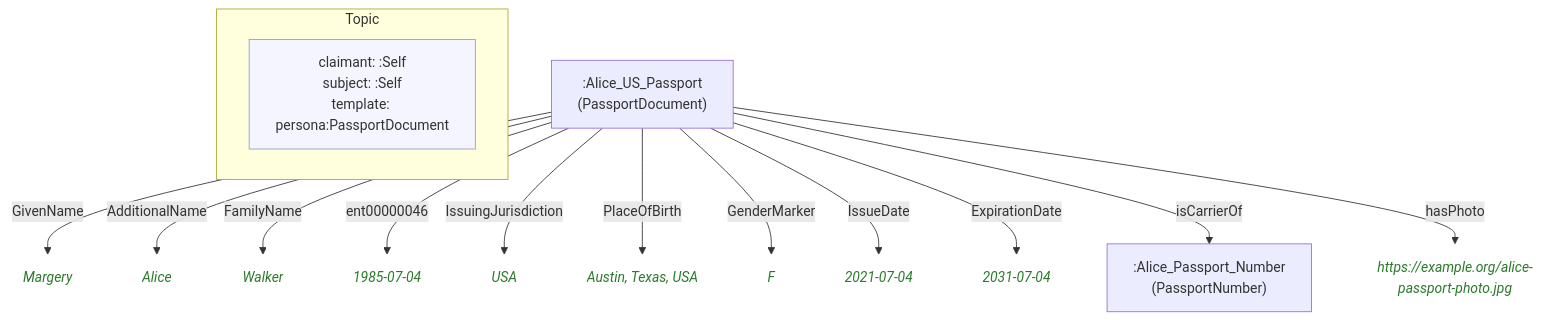
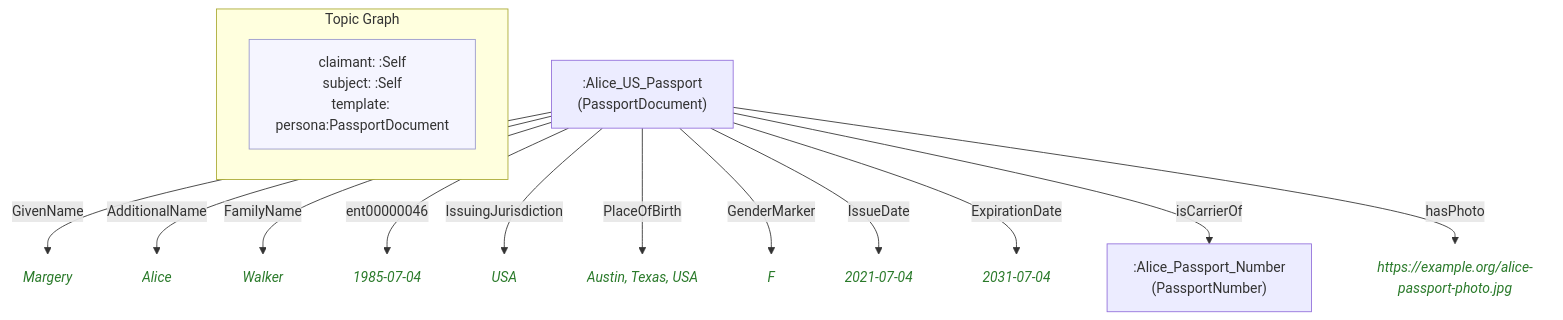
Before and after one commit to MeeFoundation/mia-ontologies: the diagram in example/topics/images/self.self(Passport)(19).mmd, drawn with Mermaid. The commit also changed 65 other files, not shown here.

First line of the commit message:
Relabel per-topic diagram metadata box "Topic" -> "Topic Graph"

```diff
--- a/example/topics/images/self.self(Passport)(19).mmd
+++ b/example/topics/images/self.self(Passport)(19).mmd
@@ -1,36 +1,36 @@
 flowchart TD
     classDef person fill:#fffacd,stroke:#aaa,color:#333
     classDef grp    fill:#d4edda,stroke:#aaa,color:#333
     classDef org    fill:#cce5ff,stroke:#aaa,color:#333
     classDef lit    fill:none,stroke:none,font-style:italic,color:#2a7a2a
     classDef meta   fill:#f5f5ff,stroke:#9999cc,color:#333
 
-    subgraph ctx["Topic"]
+    subgraph ctx["Topic Graph"]
         direction LR
         ctx_meta["claimant: :Self\nsubject: :Self\ntemplate: persona:PassportDocument"]:::meta
     end
 
     n104df4bab92a[":Alice_Passport_Number\n(PassportNumber)"]
     n1e9b86ff4c78[":Alice_US_Passport\n(PassportDocument)"]
-    nbbb0f32ea66b("Margery"):::lit
-    nf6348260cc84("Alice"):::lit
-    n803bbd2ffa03("Walker"):::lit
-    nafb85a00986b("1985-07-04"):::lit
-    nde66a958deff("USA"):::lit
-    n80647c2a8fe6("Austin, Texas, USA"):::lit
-    ne32680bf1086("F"):::lit
-    nbbbf6579e6ef("2021-07-04"):::lit
-    n9f01ce52a975("2031-07-04"):::lit
+    n481888e58193("Margery"):::lit
+    nef7b9b4ce127("Alice"):::lit
+    n6e9183ac3ca2("Walker"):::lit
+    n1ea2b868cd1f("1985-07-04"):::lit
+    n1c992d3e9102("USA"):::lit
+    ned07da8e9dc1("Austin, Texas, USA"):::lit
+    n636ff062d8e1("F"):::lit
+    nd20f5b2b564a("2021-07-04"):::lit
+    ncc041a6cf459("2031-07-04"):::lit
     n0b3af7b5a715("https://example.org/alice-passport-photo.jpg"):::lit
 
-    n1e9b86ff4c78 -->|"GivenName"| nbbb0f32ea66b
-    n1e9b86ff4c78 -->|"AdditionalName"| nf6348260cc84
-    n1e9b86ff4c78 -->|"FamilyName"| n803bbd2ffa03
-    n1e9b86ff4c78 -->|"ent00000046"| nafb85a00986b
-    n1e9b86ff4c78 -->|"IssuingJurisdiction"| nde66a958deff
-    n1e9b86ff4c78 -->|"PlaceOfBirth"| n80647c2a8fe6
-    n1e9b86ff4c78 -->|"GenderMarker"| ne32680bf1086
-    n1e9b86ff4c78 -->|"IssueDate"| nbbbf6579e6ef
-    n1e9b86ff4c78 -->|"ExpirationDate"| n9f01ce52a975
+    n1e9b86ff4c78 -->|"GivenName"| n481888e58193
+    n1e9b86ff4c78 -->|"AdditionalName"| nef7b9b4ce127
+    n1e9b86ff4c78 -->|"FamilyName"| n6e9183ac3ca2
+    n1e9b86ff4c78 -->|"ent00000046"| n1ea2b868cd1f
+    n1e9b86ff4c78 -->|"IssuingJurisdiction"| n1c992d3e9102
+    n1e9b86ff4c78 -->|"PlaceOfBirth"| ned07da8e9dc1
+    n1e9b86ff4c78 -->|"GenderMarker"| n636ff062d8e1
+    n1e9b86ff4c78 -->|"IssueDate"| nd20f5b2b564a
+    n1e9b86ff4c78 -->|"ExpirationDate"| ncc041a6cf459
     n1e9b86ff4c78 -->|"isCarrierOf"| n104df4bab92a
     n1e9b86ff4c78 -->|"hasPhoto"| n0b3af7b5a715
```
